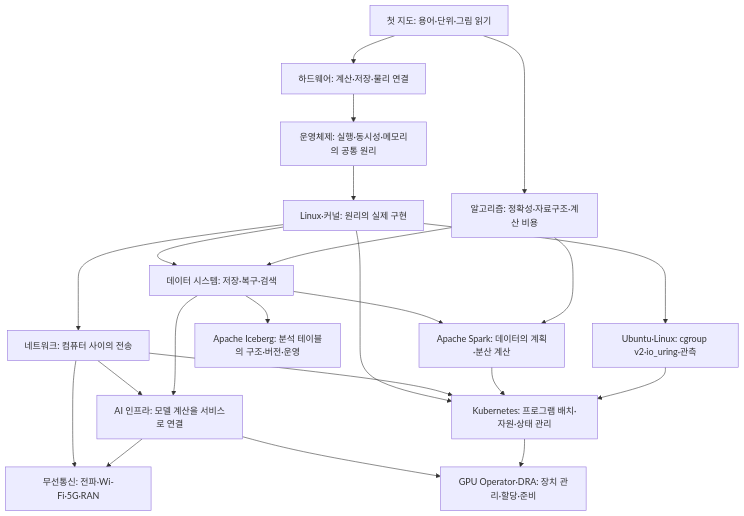
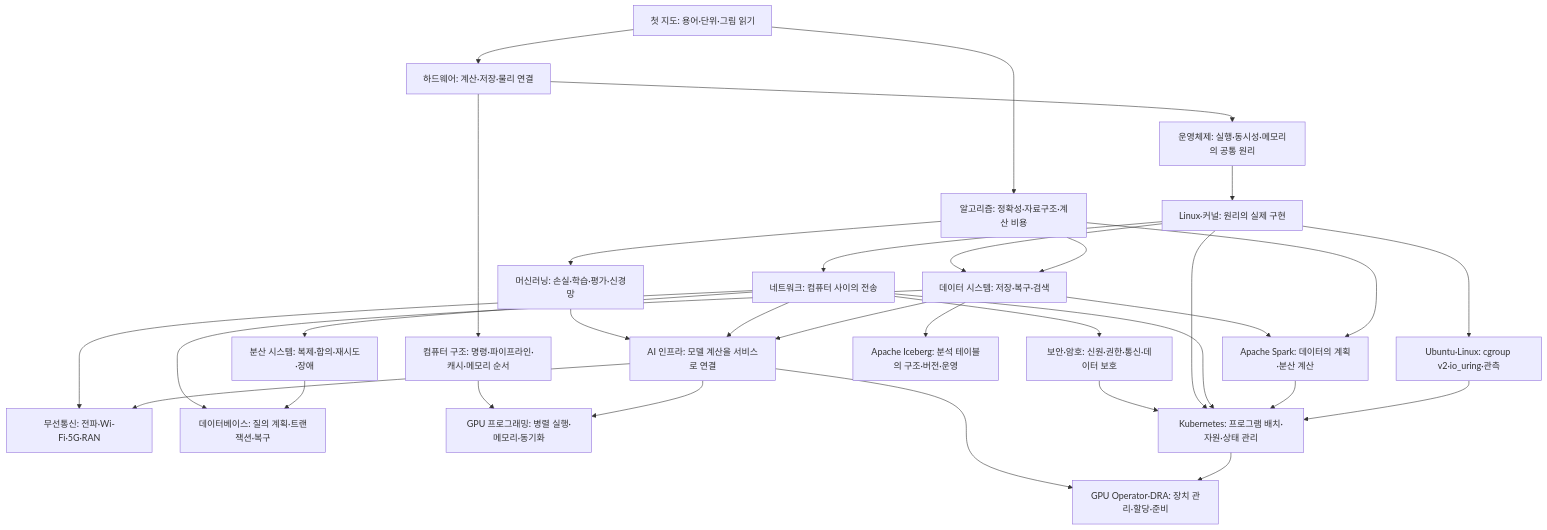
The diagram in learning/README.md (mj006648/netai-devsecops-runbook), drawn with Mermaid before and after one commit. The commit also changed other lines of this file and 174 other files, not shown here.

````diff
--- a/learning/README.md
+++ b/learning/README.md
@@ -33,24 +39,34 @@
 ```mermaid
 flowchart TD
     Start["첫 지도: 용어·단위·그림 읽기"] --> Hardware["하드웨어: 계산·저장·물리 연결"]
+    Hardware --> Arch["컴퓨터 구조: 명령·파이프라인·캐시·메모리 순서"]
     Hardware --> Theory["운영체제: 실행·동시성·메모리의 공통 원리"]
     Theory --> OS["Linux·커널: 원리의 실제 구현"]
     Start --> Algo["알고리즘: 정확성·자료구조·계산 비용"]
     OS --> Network["네트워크: 컴퓨터 사이의 전송"]
     OS --> Internals["Ubuntu·Linux: cgroup v2·io_uring·관측"]
     Network --> Wireless["무선통신: 전파·Wi-Fi·5G·RAN"]
     OS --> Data["데이터 시스템: 저장·복구·검색"]
+    Network --> Distributed["분산 시스템: 복제·합의·재시도·장애"]
+    Data --> DB["데이터베이스: 질의 계획·트랜잭션·복구"]
+    Distributed --> DB
+    Algo --> ML["머신러닝: 손실·학습·평가·신경망"]
+    ML --> AI
+    Arch --> GPUCode["GPU 프로그래밍: 병렬 실행·메모리·동기화"]
+    AI --> GPUCode
+    Network --> Security["보안·암호: 신원·권한·통신·데이터 보호"]
+    Security --> K8s
     Network --> AI["AI 인프라: 모델 계산을 서비스로 연결"]
     Data --> AI
     Data --> Iceberg["Apache Iceberg: 분석 테이블의 구조·버전·운영"]
     Data --> Spark["Apache Spark: 데이터의 계획·분산 계산"]
     Algo --> Spark
     Algo --> Data
     OS --> K8s["Kubernetes: 프로그램 배치·자원·상태 관리"]
     Network --> K8s
     Spark --> K8s
     AI --> GPU["GPU Operator·DRA: 장치 관리·할당·준비"]
     K8s --> GPU
     AI --> Wireless
     Internals --> K8s
 ```
````
